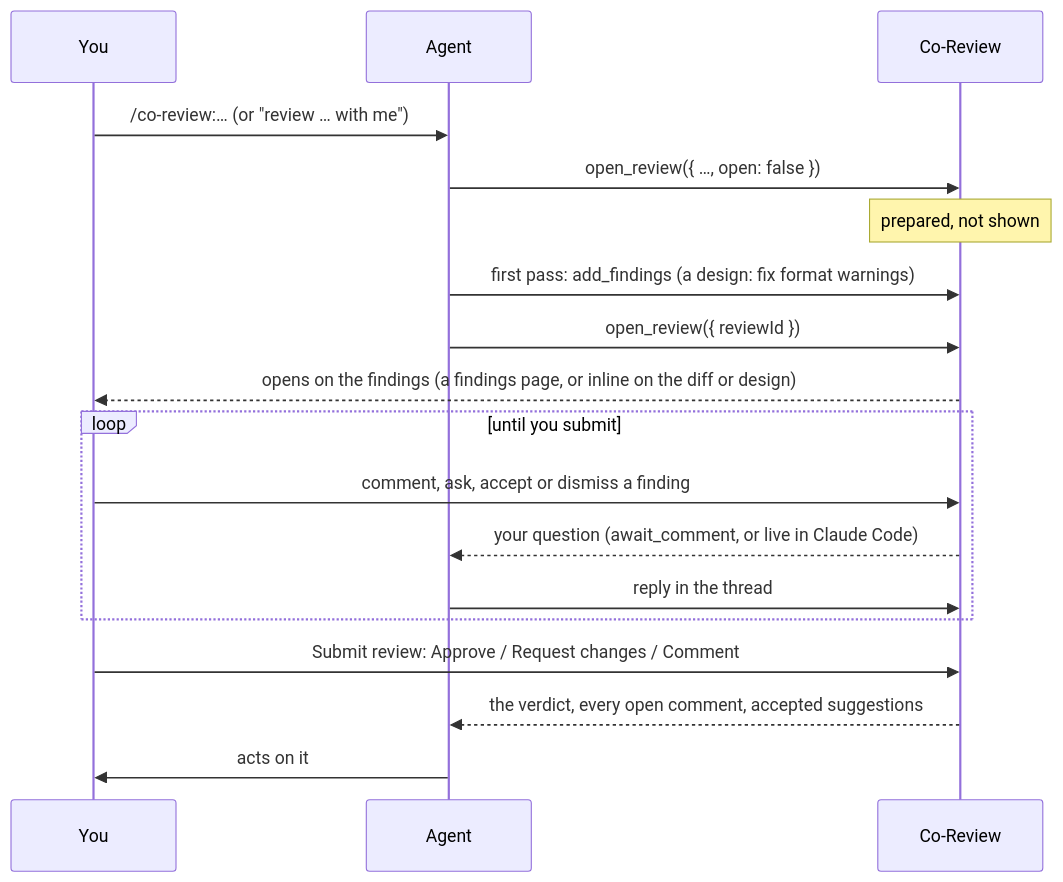
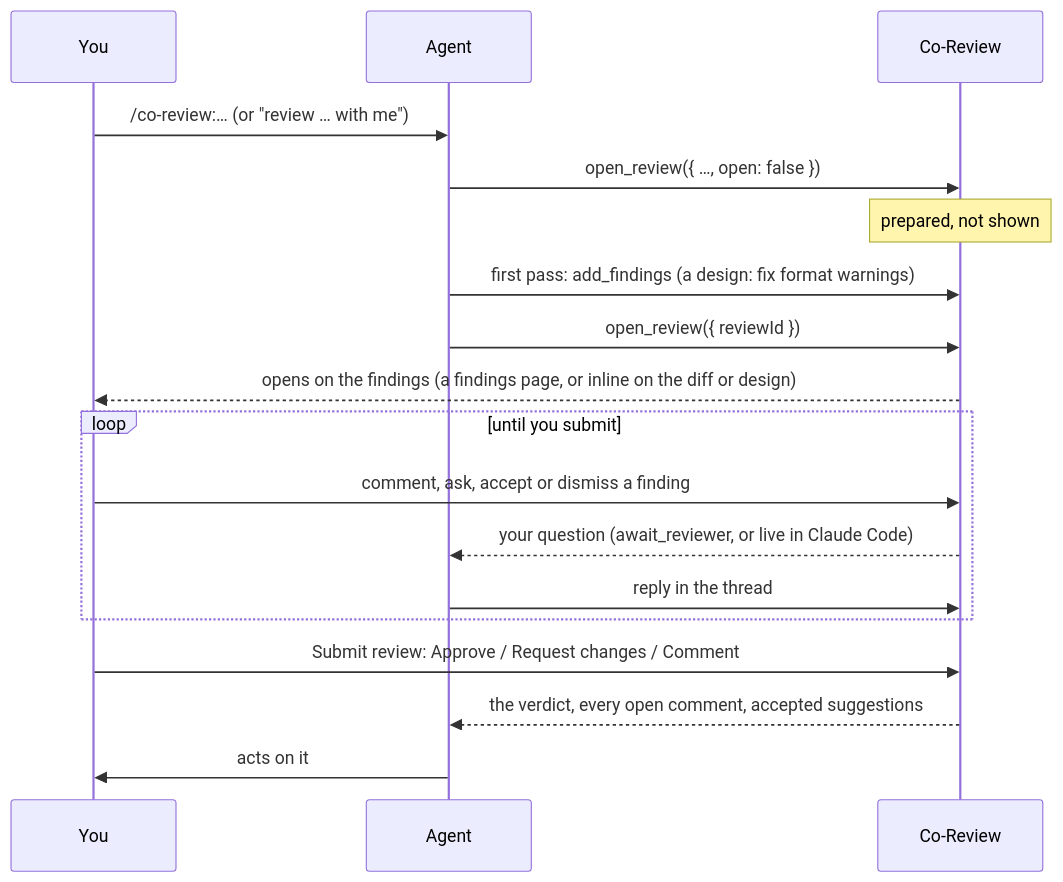
Before and after one commit to sdsvn/co-review: the diagram in docs/workflows.md, drawn with Mermaid. The commit also changed other lines of this file and 36 other files, not shown here.

````diff
--- a/docs/workflows.md
+++ b/docs/workflows.md
@@ -19,20 +19,20 @@
 ```mermaid
 sequenceDiagram
     participant You
     participant Agent
     participant CR as Co-Review
     You->>Agent: /co-review:… (or "review … with me")
     Agent->>CR: open_review({ …, open: false })
     Note over CR: prepared, not shown
     Agent->>CR: first pass: add_findings (a design: fix format warnings)
     Agent->>CR: open_review({ reviewId })
     CR-->>You: opens on the findings (a findings page, or inline on the diff or design)
     loop until you submit
         You->>CR: comment, ask, accept or dismiss a finding
-        CR-->>Agent: your question (await_comment, or live in Claude Code)
+        CR-->>Agent: your question (await_reviewer, or live in Claude Code)
         Agent->>CR: reply in the thread
     end
     You->>CR: Submit review: Approve / Request changes / Comment
     CR-->>Agent: the verdict, every open comment, accepted suggestions
     Agent->>You: acts on it
 ```
````
